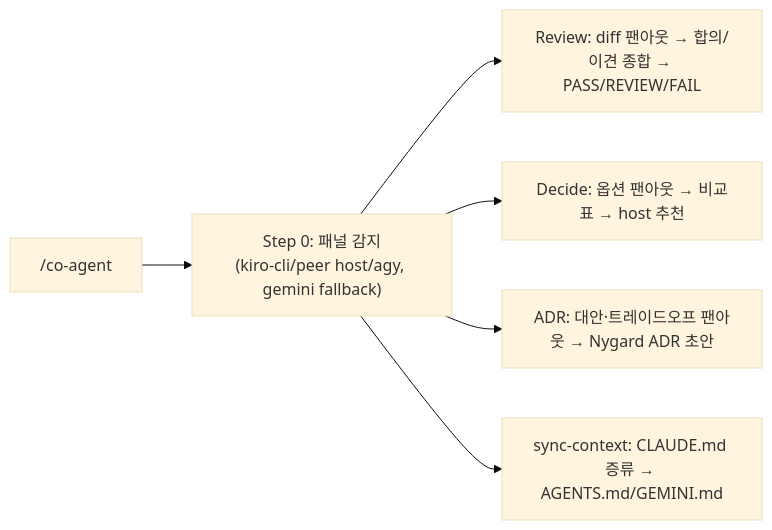
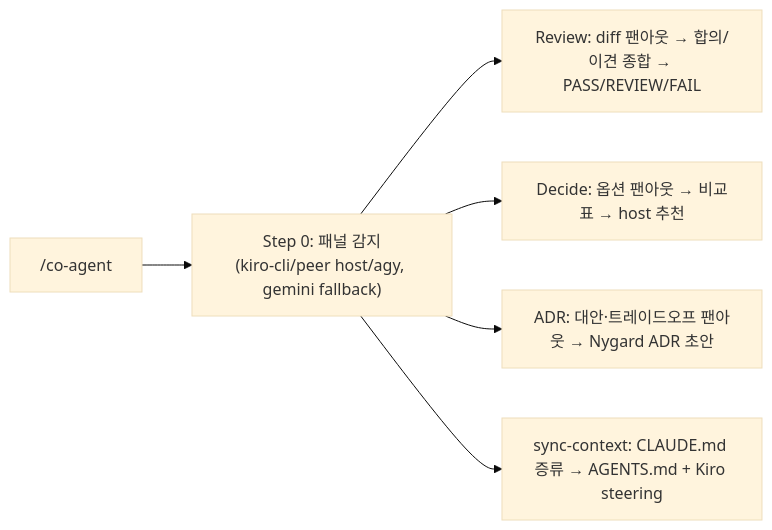
Before and after one commit to Atom-oh/oh-my-cloud-skills: the diagram in docs/docs/co-agent/overview.md, drawn with Mermaid (base theme). The commit also changed other lines of this file and 18 other files, not shown here.

First line of the commit message:
fix(co-agent): address PR #93 review — Kiro steering bridge + harness/doc fixes

````diff
--- a/docs/docs/co-agent/overview.md
+++ b/docs/docs/co-agent/overview.md
@@ -45,8 +45,8 @@
 ```mermaid
 flowchart LR
     A["/co-agent"] --> P["Step 0: 패널 감지<br/>(kiro-cli/peer host/agy, gemini fallback)"]
     P --> R["Review: diff 팬아웃 → 합의/이견 종합 → PASS/REVIEW/FAIL"]
     P --> D["Decide: 옵션 팬아웃 → 비교표 → host 추천"]
     P --> ADR["ADR: 대안·트레이드오프 팬아웃 → Nygard ADR 초안"]
-    P --> S["sync-context: CLAUDE.md 증류 → AGENTS.md/GEMINI.md"]
+    P --> S["sync-context: CLAUDE.md 증류 → AGENTS.md + Kiro steering"]
 ```
````
